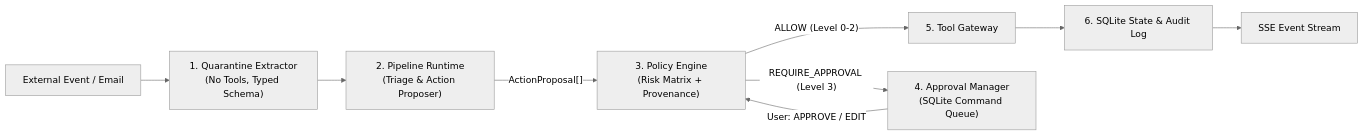
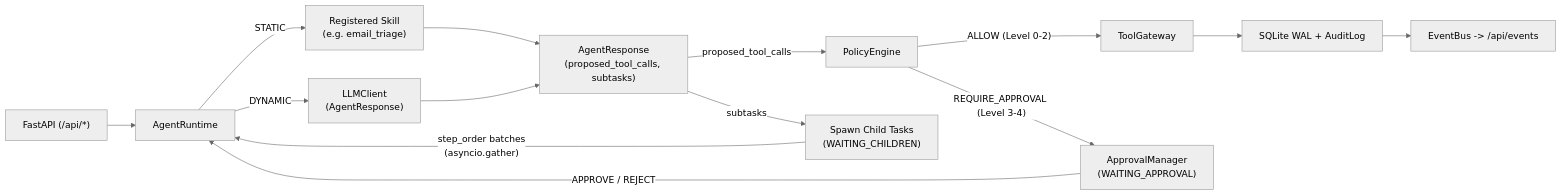
The diagram in DESIGN.md (Dhiranjit/autarch-agent-runtime), drawn with Mermaid (neutral theme) before and after one commit. The commit also changed other lines of this file and 25 other files, not shown here.

Commit message:
Refactor and Architecture changes

````diff
--- a/DESIGN.md
+++ b/DESIGN.md
@@ -42,11 +18,18 @@
 ```mermaid
 flowchart LR
-    Ingest["External Event / Email"] --> Quarantine["1. Quarantine Extractor\n(No Tools, Typed Schema)"]
-    Quarantine --> Runtime["2. Pipeline Runtime\n(Triage & Action Proposer)"]
-    Runtime -->|"ActionProposal[]"| Policy["3. Policy Engine\n(Risk Matrix + Provenance)"]
-    Policy -->|"ALLOW (Level 0-2)"| Gateway["5. Tool Gateway"]
-    Policy -->|"REQUIRE_APPROVAL (Level 3)"| Approval["4. Approval Manager\n(SQLite Command Queue)"]
-    Approval -->|"User: APPROVE / EDIT"| Policy
-    Gateway --> Audit["6. SQLite State & Audit Log"]
-    Audit --> SSE["SSE Event Stream"]
+    API["FastAPI (/api/*)"] --> Runtime["AgentRuntime"]
+    Runtime -->|"STATIC"| Skill["Registered Skill\n(e.g. email_triage)"]
+    Runtime -->|"DYNAMIC"| LLM["LLMClient\n(AgentResponse)"]
+    Skill --> Response["AgentResponse\n(proposed_tool_calls, subtasks)"]
+    LLM --> Response
+
+    Response -->|"proposed_tool_calls"| Policy["PolicyEngine"]
+    Policy -->|"ALLOW (Level 0-2)"| Gateway["ToolGateway"]
+    Policy -->|"REQUIRE_APPROVAL (Level 3-4)"| Approval["ApprovalManager\n(WAITING_APPROVAL)"]
+    Approval -->|"APPROVE / REJECT"| Runtime
+
+    Response -->|"subtasks"| Children["Spawn Child Tasks\n(WAITING_CHILDREN)"]
+    Children -->|"step_order batches\n(asyncio.gather)"| Runtime
+    Gateway --> DB["SQLite WAL + AuditLog"]
+    DB --> SSE["EventBus -> /api/events"]
 ```
````
